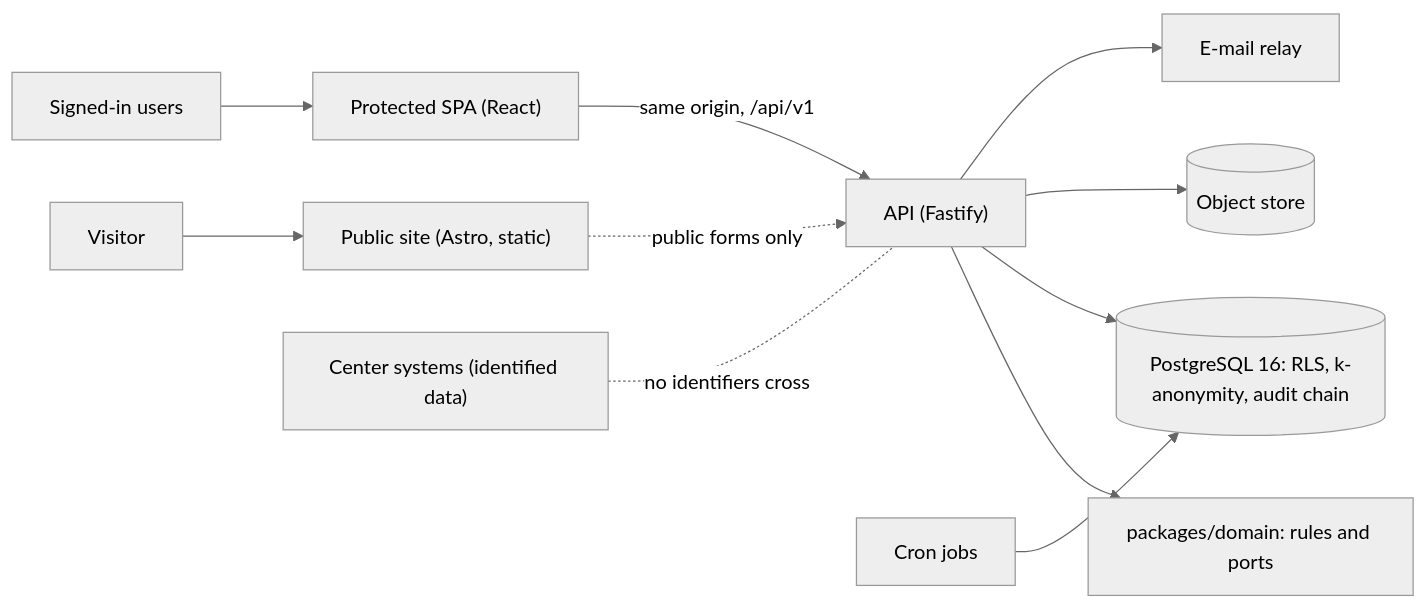
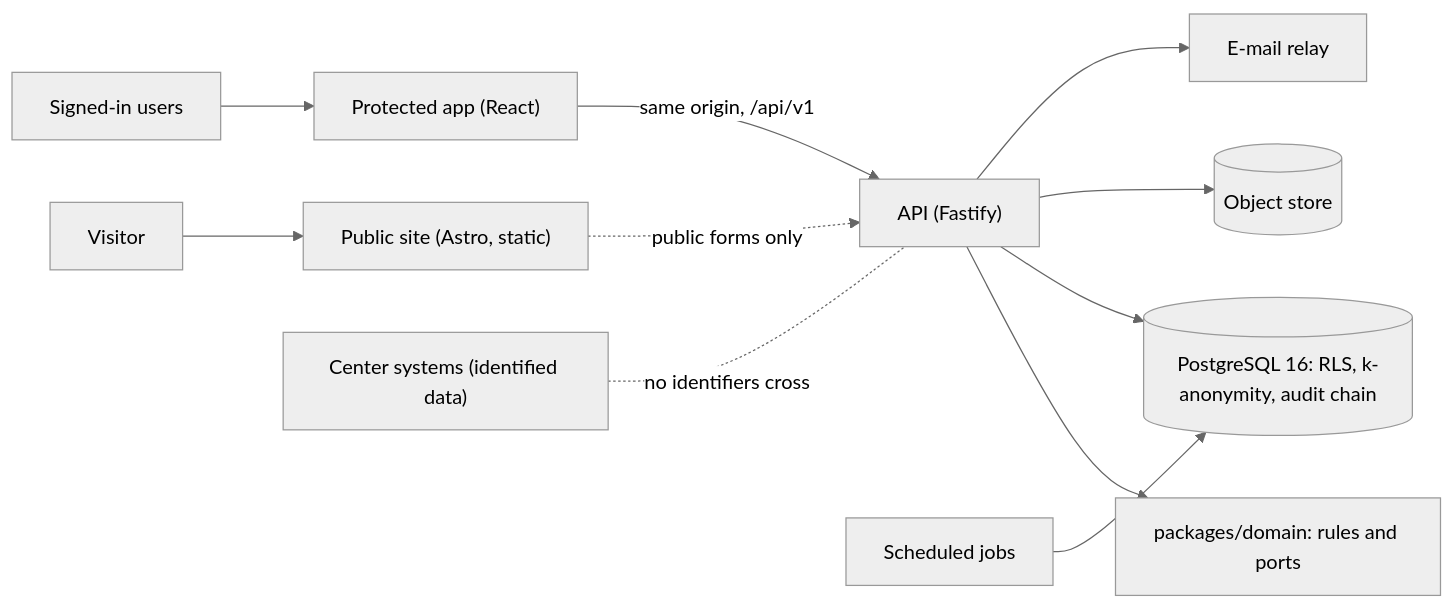
One commit to johnny882020/ARI-PST changed the diagram in README.md. Above: the diagram before and after it, drawn with Mermaid (neutral theme). The commit also changed other lines of this file, not shown here.

````diff
--- a/README.md
+++ b/README.md
@@ -48,13 +150,13 @@
 ```mermaid
 flowchart LR
   V["Visitor"] --> PUB["Public site (Astro, static)"]
-  U["Signed-in users"] --> SPA["Protected SPA (React)"]
+  U["Signed-in users"] --> SPA["Protected app (React)"]
   PUB -. "public forms only" .-> API
   SPA -->|"same origin, /api/v1"| API["API (Fastify)"]
   API --> DOM["packages/domain: rules and ports"]
   API --> DB[("PostgreSQL 16: RLS, k-anonymity, audit chain")]
   API --> OBJ[("Object store")]
   API --> MAIL["E-mail relay"]
-  CRON["Cron jobs"] --> DB
+  CRON["Scheduled jobs"] --> DB
   CTR["Center systems (identified data)"] -. "no identifiers cross" .- API
 ```
````
